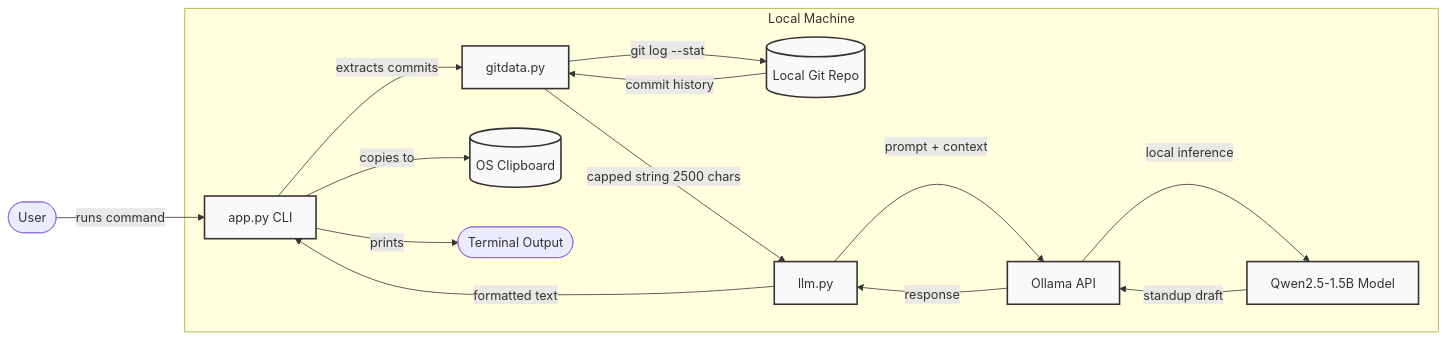
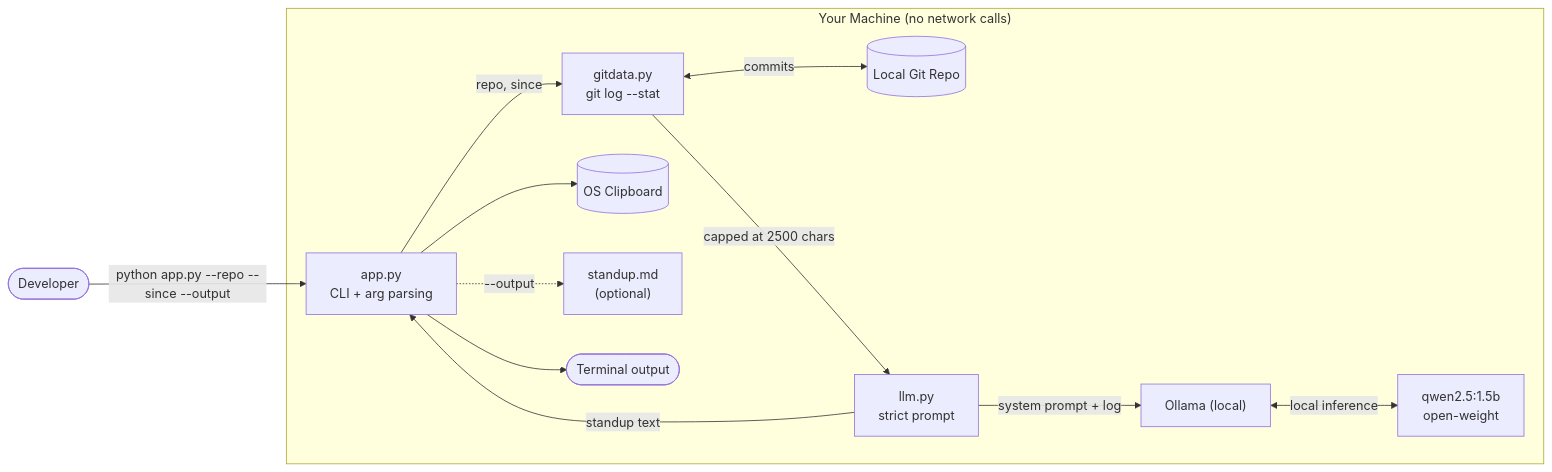
The diagram in README.md (mauryasagar/git-standup-sloth), drawn with Mermaid before and after one commit.

Commit message:
docs: update system architecture diagram for clarity and accuracy

````diff
--- a/README.md
+++ b/README.md
@@ -25,24 +25,26 @@
 ```mermaid
-graph LR
-    User([User]) -->|runs command| CLI[app.py CLI]
+flowchart LR
+    User([Developer]) -->|"python app.py --repo --since --output"| CLI
 
-    subgraph Local Machine
-        CLI -->|extracts commits| GitData[gitdata.py]
-        GitData -->|git log --stat| Repo[(Local Git Repo)]
-        Repo -->|commit history| GitData
+    subgraph Local["Your Machine (no network calls)"]
+        CLI["app.py<br/>CLI + arg parsing"]
+        Git["gitdata.py<br/>git log --stat"]
+        Repo[("Local Git Repo")]
+        LLM["llm.py<br/>strict prompt"]
+        Ollama["Ollama (local)"]
+        Model["qwen2.5:1.5b<br/>open-weight"]
+        Clip[("OS Clipboard")]
+        File["standup.md<br/>(optional)"]
+        Term(["Terminal output"])
 
-        GitData -->|capped string 2500 chars| LLM[llm.py]
-        LLM -->|prompt + context| Ollama[Ollama API]
-        Ollama -->|local inference| Model[Qwen2.5-1.5B Model]
-
-        Model -->|standup draft| Ollama
-        Ollama -->|response| LLM
-        LLM -->|formatted text| CLI
-        
-        CLI -->|copies to| Clipboard[(OS Clipboard)]
-        CLI -->|prints| Output([Terminal Output])
+        CLI -->|"repo, since"| Git
+        Git <-->|"commits"| Repo
+        Git -->|"capped at 2500 chars"| LLM
+        LLM -->|"system prompt + log"| Ollama
+        Ollama <-->|"local inference"| Model
+        LLM -->|"standup text"| CLI
+        CLI --> Term
+        CLI --> Clip
+        CLI -.->|"--output"| File
     end
-    
-    classDef local fill:#f9f9f9,stroke:#333,stroke-width:2px;
-    class CLI,GitData,LLM,Ollama,Model,Repo,Clipboard local;
 ```
````
